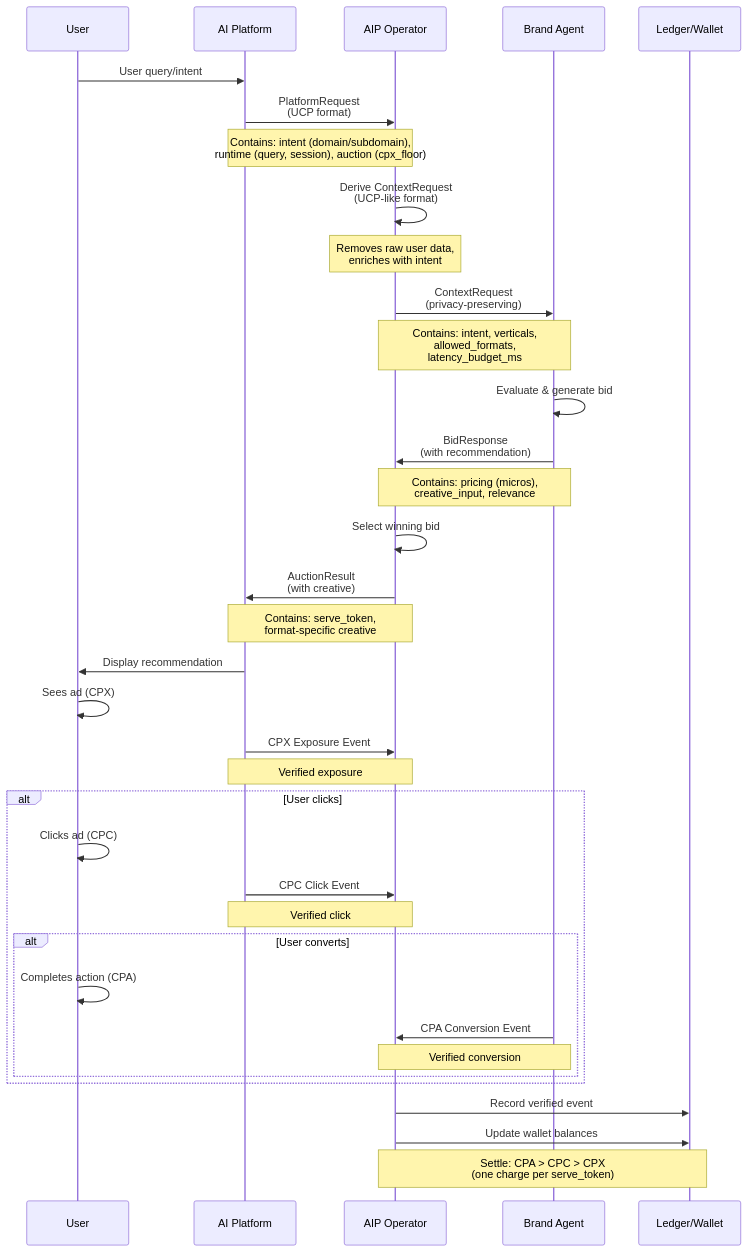
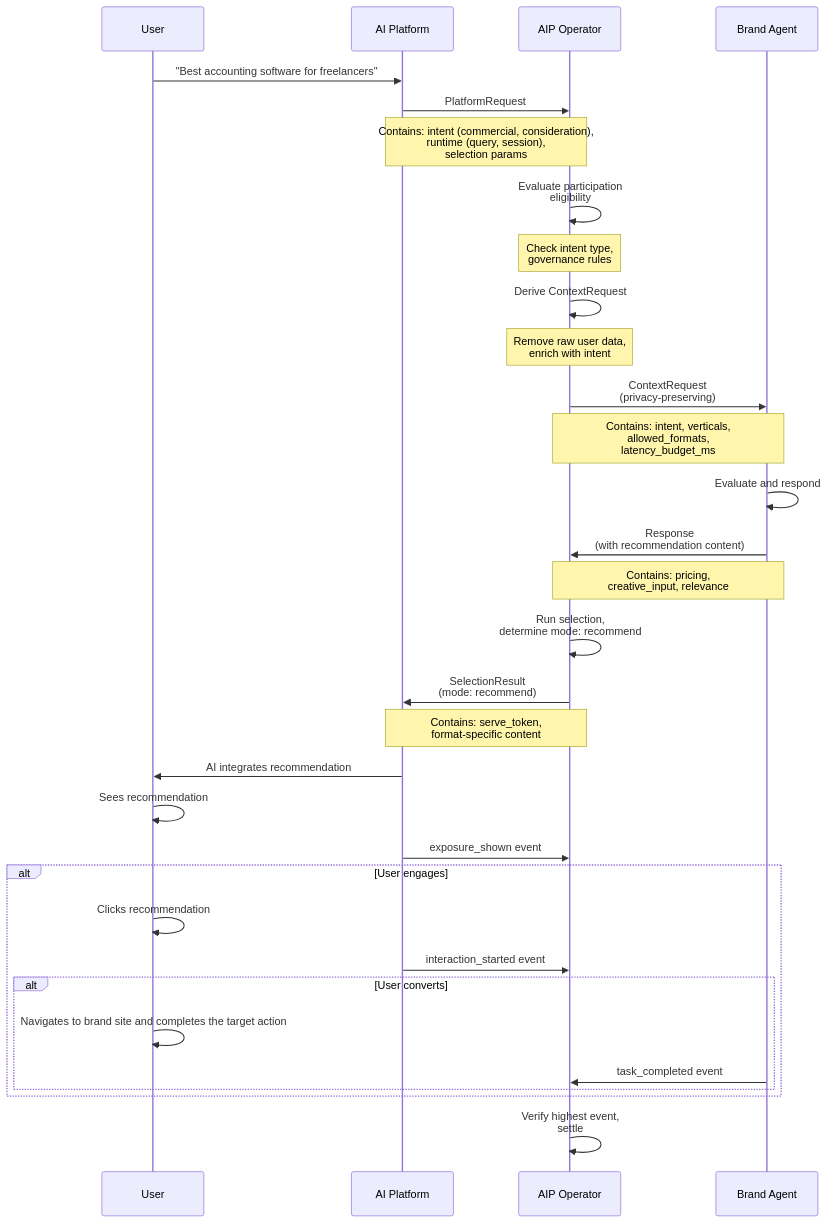
Before and after one commit to GouniManikumar12/mintlify-docs: the first of 2 diagrams in end-to-end-flow.mdx, drawn with Mermaid. The commit also changed other lines of this file and 50 other files, not shown here.

First line of the commit message:
Bump AIP to v1.0; add PlatformResponse & Delegation

````diff
--- a/end-to-end-flow.mdx
+++ b/end-to-end-flow.mdx
@@ -10,48 +16,45 @@
 ```mermaid
 sequenceDiagram
     participant User
     participant Platform as AI Platform
     participant Operator as AIP Operator
     participant BrandAgent as Brand Agent
-    participant Ledger as Ledger/Wallet
 
-    User->>Platform: User query/intent
-    Platform->>Operator: PlatformRequest<br/>(UCP format)
-    Note over Platform,Operator: Contains: intent (domain/subdomain),<br/>runtime (query, session), auction (cpx_floor)
-    
-    Operator->>Operator: Derive ContextRequest<br/>(UCP-like format)
-    Note over Operator: Removes raw user data,<br/>enriches with intent
-    
+    User->>Platform: "Best accounting software for freelancers"
+    Platform->>Operator: PlatformRequest
+    Note over Platform,Operator: Contains: intent (commercial, consideration),<br/>runtime (query, session),<br/>selection params
+
+    Operator->>Operator: Evaluate participation<br/>eligibility
+    Note over Operator: Check intent type,<br/>governance rules
+
+    Operator->>Operator: Derive ContextRequest
+    Note over Operator: Remove raw user data,<br/>enrich with intent
+
     Operator->>BrandAgent: ContextRequest<br/>(privacy-preserving)
     Note over Operator,BrandAgent: Contains: intent, verticals,<br/>allowed_formats,<br/>latency_budget_ms
-    
-    BrandAgent->>BrandAgent: Evaluate & generate bid
-    BrandAgent->>Operator: BidResponse<br/>(with recommendation)
-    Note over BrandAgent,Operator: Contains: pricing (micros),<br/>creative_input, relevance
-    
-    Operator->>Operator: Select winning bid
-    Operator->>Platform: AuctionResult<br/>(with creative)
-    Note over Operator,Platform: Contains: serve_token,<br/>format-specific creative
-    
-    Platform->>User: Display recommendation
-    
-    User->>User: Sees ad (CPX)
-    Platform->>Operator: CPX Exposure Event
-    Note over Platform,Operator: Verified exposure
-    
-    alt User clicks
-        User->>User: Clicks ad (CPC)
-        Platform->>Operator: CPC Click Event
-        Note over Platform,Operator: Verified click
-        
+
+    BrandAgent->>BrandAgent: Evaluate and respond
+    BrandAgent->>Operator: Response<br/>(with recommendation content)
+    Note over BrandAgent,Operator: Contains: pricing,<br/>creative_input, relevance
+
+    Operator->>Operator: Run selection,<br/>determine mode: recommend
+    Operator->>Platform: SelectionResult<br/>(mode: recommend)
+    Note over Operator,Platform: Contains: serve_token,<br/>format-specific content
+
+    Platform->>User: AI integrates recommendation
+
+    User->>User: Sees recommendation
+    Platform->>Operator: exposure_shown event
+
+    alt User engages
+        User->>User: Clicks recommendation
+        Platform->>Operator: interaction_started event
+
         alt User converts
-            User->>User: Completes action (CPA)
-            BrandAgent->>Operator: CPA Conversion Event
-            Note over BrandAgent,Operator: Verified conversion
+        User->>User: Navigates to brand site and completes the target action
+        BrandAgent->>Operator: task_completed event
         end
     end
-    
-    Operator->>Ledger: Record verified event
-    Operator->>Ledger: Update wallet balances
-    Note over Operator,Ledger: Settle: CPA > CPC > CPX<br/>(one charge per serve_token)
+
+    Operator->>Operator: Verify highest event,<br/>settle
 ```
````
